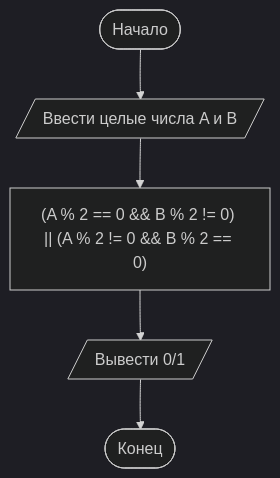
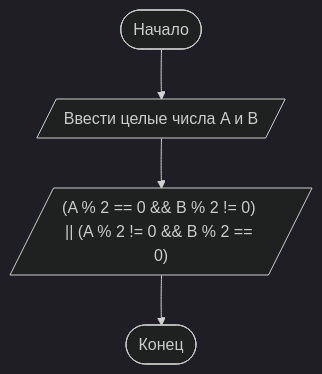
Before and after one commit to Lendic42/lava4: the diagram in README.md, drawn with Mermaid (dark theme).

````diff
--- a/README.md
+++ b/README.md
@@ -22,8 +22,7 @@
 ```mermaid
 flowchart TD
     A([Начало]) --> B[/Ввести целые числа A и B/]
-    B --> D["(A % 2 == 0 && B % 2 != 0) || (A % 2 != 0 && B % 2 == 0)"]
-    D --> E[/"Вывести 0/1"/]
-    E --> F([Конец])
+    B --> D[/"(A % 2 == 0 && B % 2 != 0) || (A % 2 != 0 && B % 2 == 0)"/]
+    D --> F([Конец])
     
 ```
````
